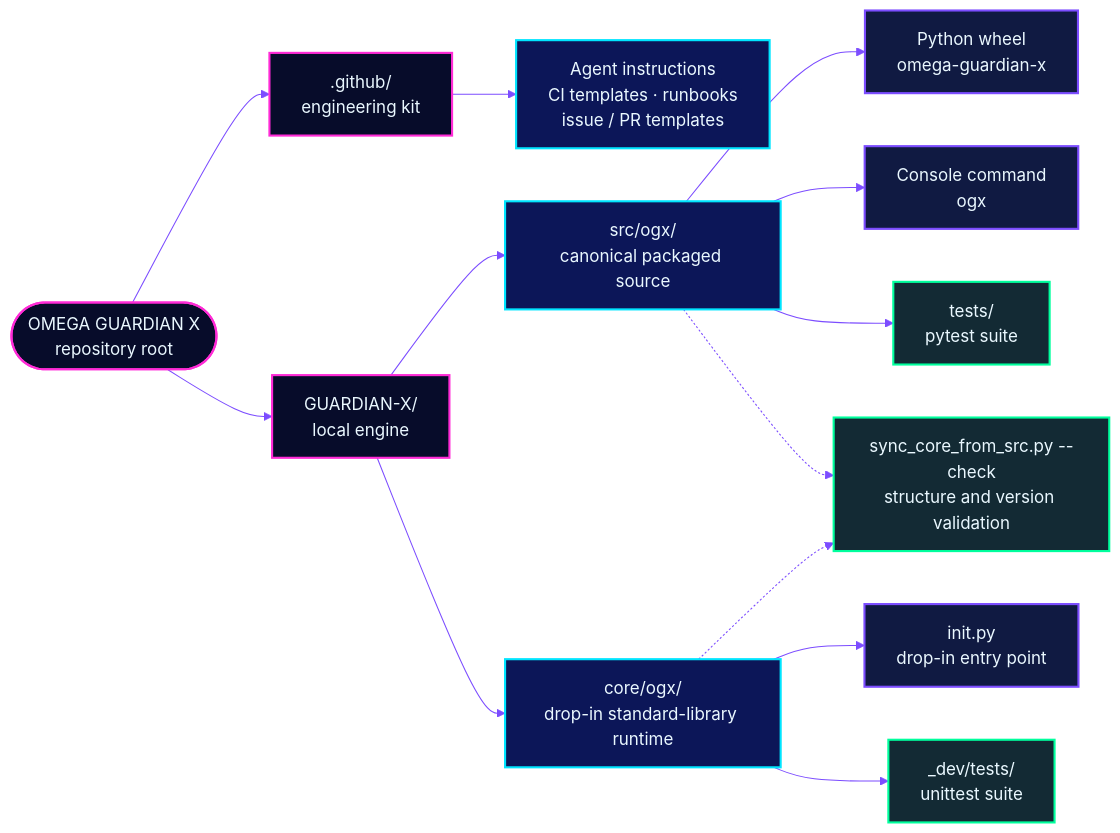
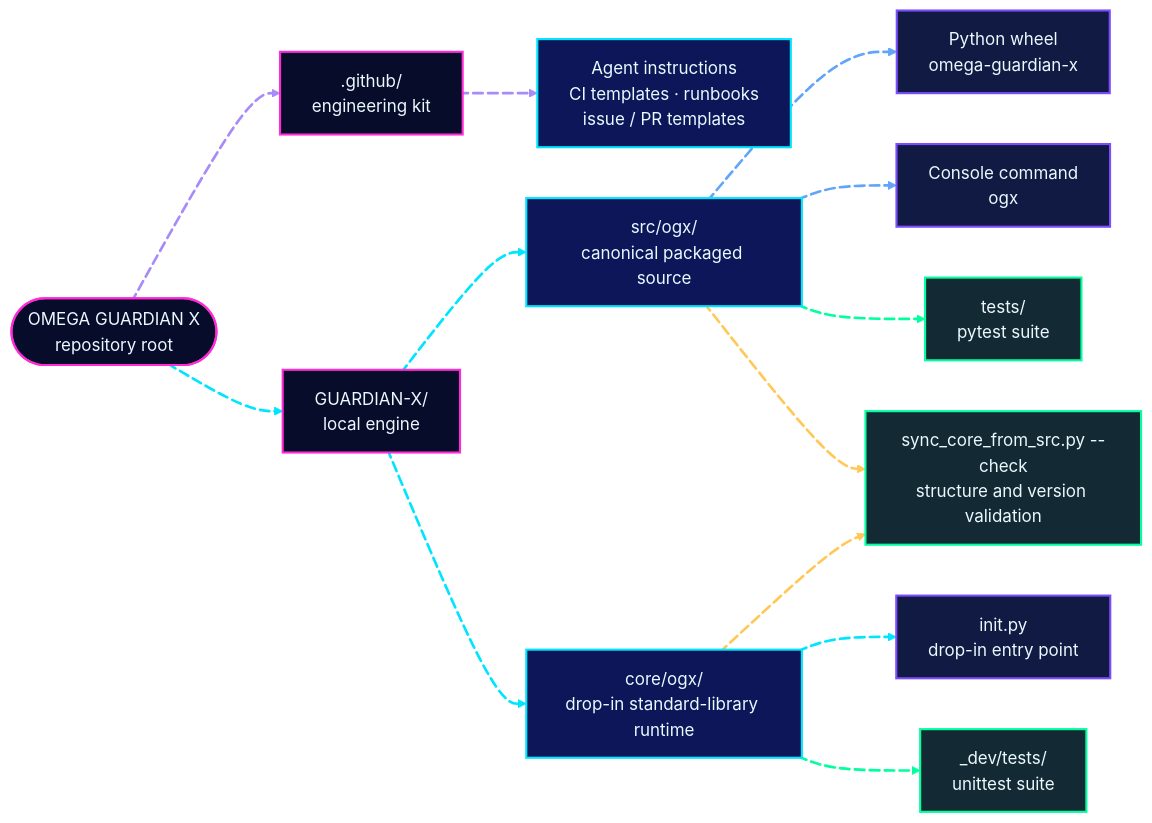
One commit to shajeduzzamanenan992008inc/OMEGA-GUARDIAN-X-Universal changed the first of 5 diagrams in README.md. Above: the diagram before and after it, drawn with Mermaid. The commit also changed other lines of this file and 2 other files, not shown here.

````diff
--- a/README.md
+++ b/README.md
@@ -199,29 +183,55 @@
 ```mermaid
-%%{init: {"theme": "base", "themeVariables": {"background": "#070C2A", "primaryColor": "#0C1658", "primaryTextColor": "#EAF8FF", "primaryBorderColor": "#00E5FF", "lineColor": "#7C4DFF", "secondaryColor": "#101A42", "tertiaryColor": "#070C2A", "clusterBkg": "#070C2A", "clusterBorder": "#7C4DFF", "edgeLabelBackground": "#101A42", "fontFamily": "Segoe UI, Arial, sans-serif"}}}%%
+%%{init: {"theme": "base", "themeVariables": {"background": "#070C2A", "primaryColor": "#0C1658", "primaryTextColor": "#EAF8FF", "primaryBorderColor": "#00E5FF", "lineColor": "#7C4DFF", "secondaryColor": "#101A42", "tertiaryColor": "#070C2A", "clusterBkg": "#070C2A", "clusterBorder": "#7C4DFF", "edgeLabelBackground": "#101A42", "fontFamily": "Segoe UI, Arial, sans-serif"},"flowchart":{"curve":"basis","htmlLabels":true,"nodeSpacing":48,"rankSpacing":60}}}%%
 flowchart LR
     ROOT(["OMEGA GUARDIAN X<br/>repository root"])
-    ROOT --> GH[".github/<br/>engineering kit"]
-    ROOT --> GX["GUARDIAN-X/<br/>local engine"]
+    ROOT e01@--> GH[".github/<br/>engineering kit"]
+    ROOT e02@--> GX["GUARDIAN-X/<br/>local engine"]
 
-    GH --> KIT["Agent instructions<br/>CI templates · runbooks<br/>issue / PR templates"]
-    GX --> SRC["src/ogx/<br/>canonical packaged source"]
-    GX --> CORE["core/ogx/<br/>drop-in standard-library runtime"]
+    GH e03@--> KIT["Agent instructions<br/>CI templates · runbooks<br/>issue / PR templates"]
+    GX e04@--> SRC["src/ogx/<br/>canonical packaged source"]
+    GX e05@--> CORE["core/ogx/<br/>drop-in standard-library runtime"]
 
-    SRC --> WHEEL["Python wheel<br/>omega-guardian-x"]
-    SRC --> CLI["Console command<br/>ogx"]
-    CORE --> INIT["init.py<br/>drop-in entry point"]
+    SRC e06@--> WHEEL["Python wheel<br/>omega-guardian-x"]
+    SRC e07@--> CLI["Console command<br/>ogx"]
+    CORE e08@--> INIT["init.py<br/>drop-in entry point"]
 
-    SRC --> PYTEST["tests/<br/>pytest suite"]
-    CORE --> UNIT["_dev/tests/<br/>unittest suite"]
-    SRC -.-> CHECK["sync_core_from_src.py --check<br/>structure and version validation"]
-    CORE -.-> CHECK
+    SRC e09@--> PYTEST["tests/<br/>pytest suite"]
+    CORE e10@--> UNIT["_dev/tests/<br/>unittest suite"]
+    SRC e11@-.-> CHECK["sync_core_from_src.py --check<br/>structure and version validation"]
+    CORE e12@-.-> CHECK
 
     classDef entry fill:#070C2A,stroke:#FF2BD6,stroke-width:2px,color:#EAF8FF
     classDef core fill:#0C1658,stroke:#00E5FF,stroke-width:2px,color:#EAF8FF
     classDef distribution fill:#101A42,stroke:#7C4DFF,stroke-width:2px,color:#EAF8FF
     classDef validation fill:#132A34,stroke:#00FF9D,stroke-width:2px,color:#EAF8FF
     class ROOT,GX,GH entry
     class SRC,CORE,KIT core
     class WHEEL,CLI,INIT distribution
     class PYTEST,UNIT,CHECK validation
+
+    classDef flowCyan stroke:#00E5FF,stroke-width:2.5px,stroke-dasharray:9\,5
+    classDef flowBlue stroke:#60A5FA,stroke-width:2.5px,stroke-dasharray:9\,5
+    classDef flowViolet stroke:#A78BFA,stroke-width:2.5px,stroke-dasharray:8\,5
+    classDef flowGreen stroke:#00FF9D,stroke-width:2.5px,stroke-dasharray:9\,5
+    classDef flowAmber stroke:#FFC857,stroke-width:2.5px,stroke-dasharray:8\,5
+    classDef flowRed stroke:#FF3B6B,stroke-width:2.5px,stroke-dasharray:7\,5
+
+    class e02,e04,e05,e08 flowCyan
+    class e06,e07 flowBlue
+    class e01,e03 flowViolet
+    class e09,e10 flowGreen
+    class e11,e12 flowAmber
+
+    e01@{ animation: fast }
+    e02@{ animation: fast }
+    e03@{ animation: fast }
+    e04@{ animation: fast }
+    e05@{ animation: fast }
+    e06@{ animation: fast }
+    e07@{ animation: fast }
+    e08@{ animation: fast }
+    e09@{ animation: fast }
+    e10@{ animation: fast }
+    e11@{ animation: slow }
+    e12@{ animation: slow }
 ```
````
